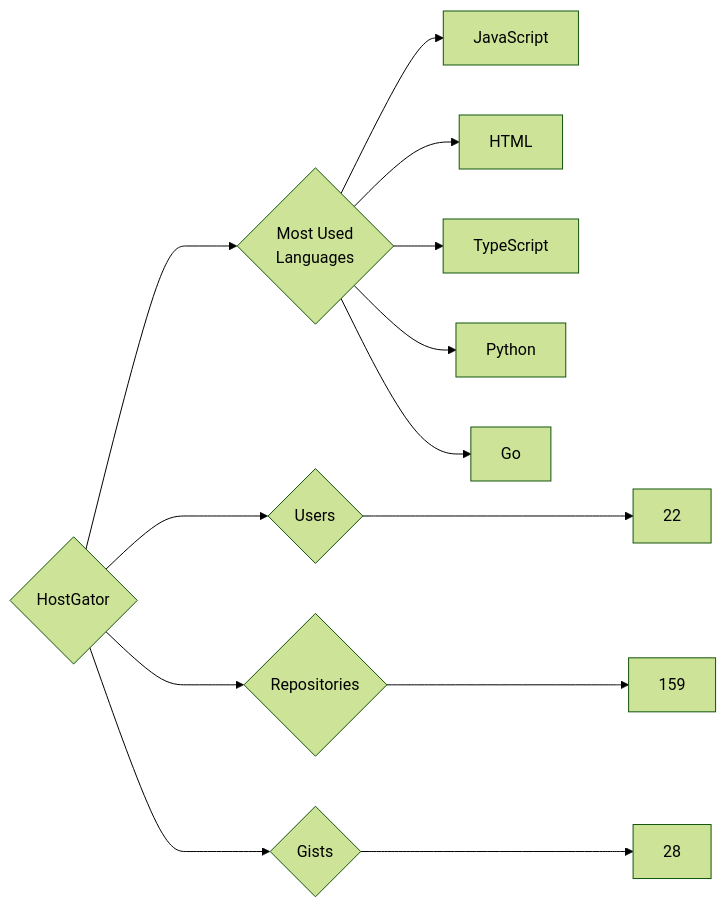
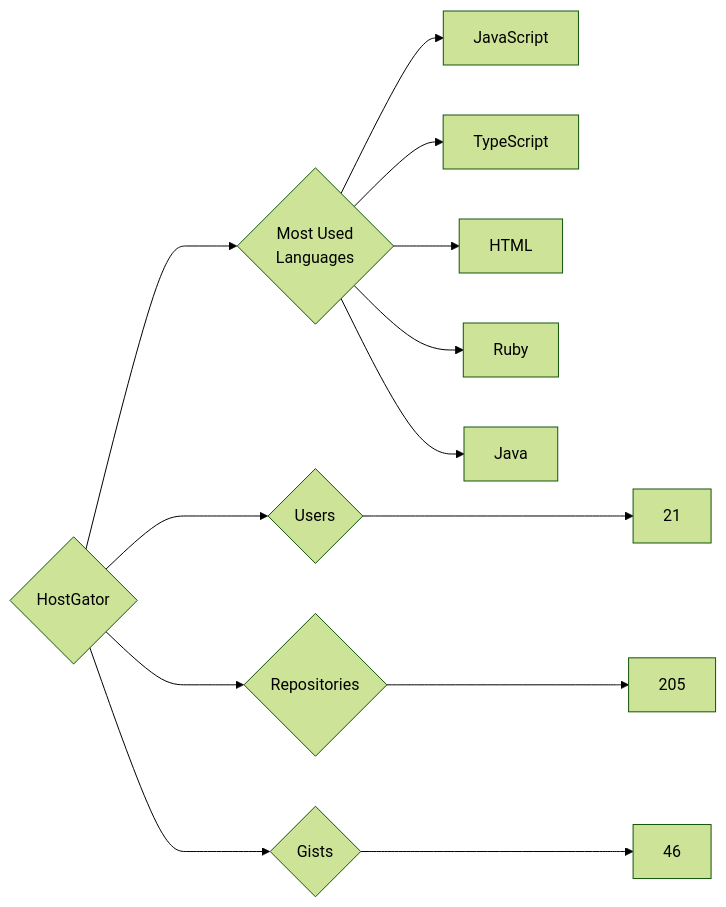
Before and after one commit to trickest/insiders: the diagram in targets/HostGator/README.md, drawn with Mermaid (forest theme). The commit also changed 614 other files, not shown here.

````diff
--- a/targets/HostGator/README.md
+++ b/targets/HostGator/README.md
@@ -3,13 +3,13 @@
 ```mermaid
 graph LR
 COMPANY_NAME{HostGator}
-COMPANY_NAME ---> U{Users} ---> UN[22]
-COMPANY_NAME ---> R{Repositories} ---> RN[159]
-COMPANY_NAME ---> G{Gists} ---> GN[28]
+COMPANY_NAME ---> U{Users} ---> UN[21]
+COMPANY_NAME ---> R{Repositories} ---> RN[205]
+COMPANY_NAME ---> G{Gists} ---> GN[46]
 COMPANY_NAME ---> ML{Most Used<br>Languages}
 ML --> JavaScript[JavaScript]
+ML --> TypeScript[TypeScript]
 ML --> HTML[HTML]
-ML --> TypeScript[TypeScript]
-ML --> Python[Python]
-ML --> Go[Go]
+ML --> Ruby[Ruby]
+ML --> Java[Java]
 ```
````
